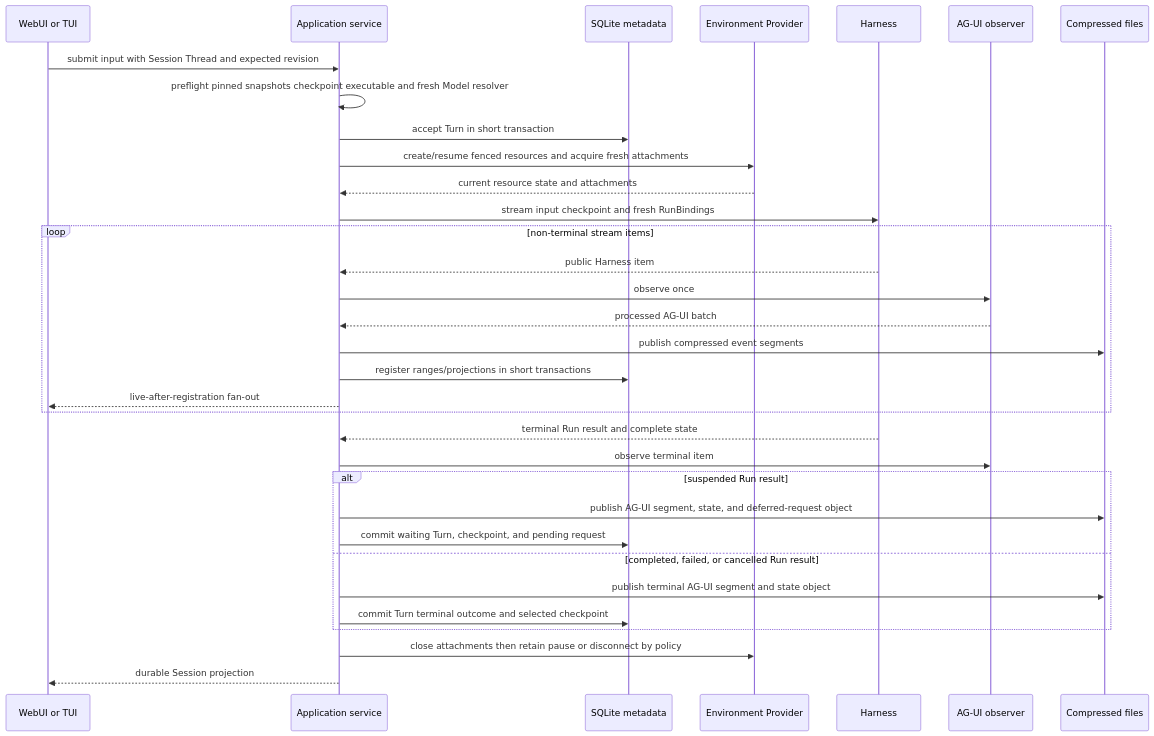
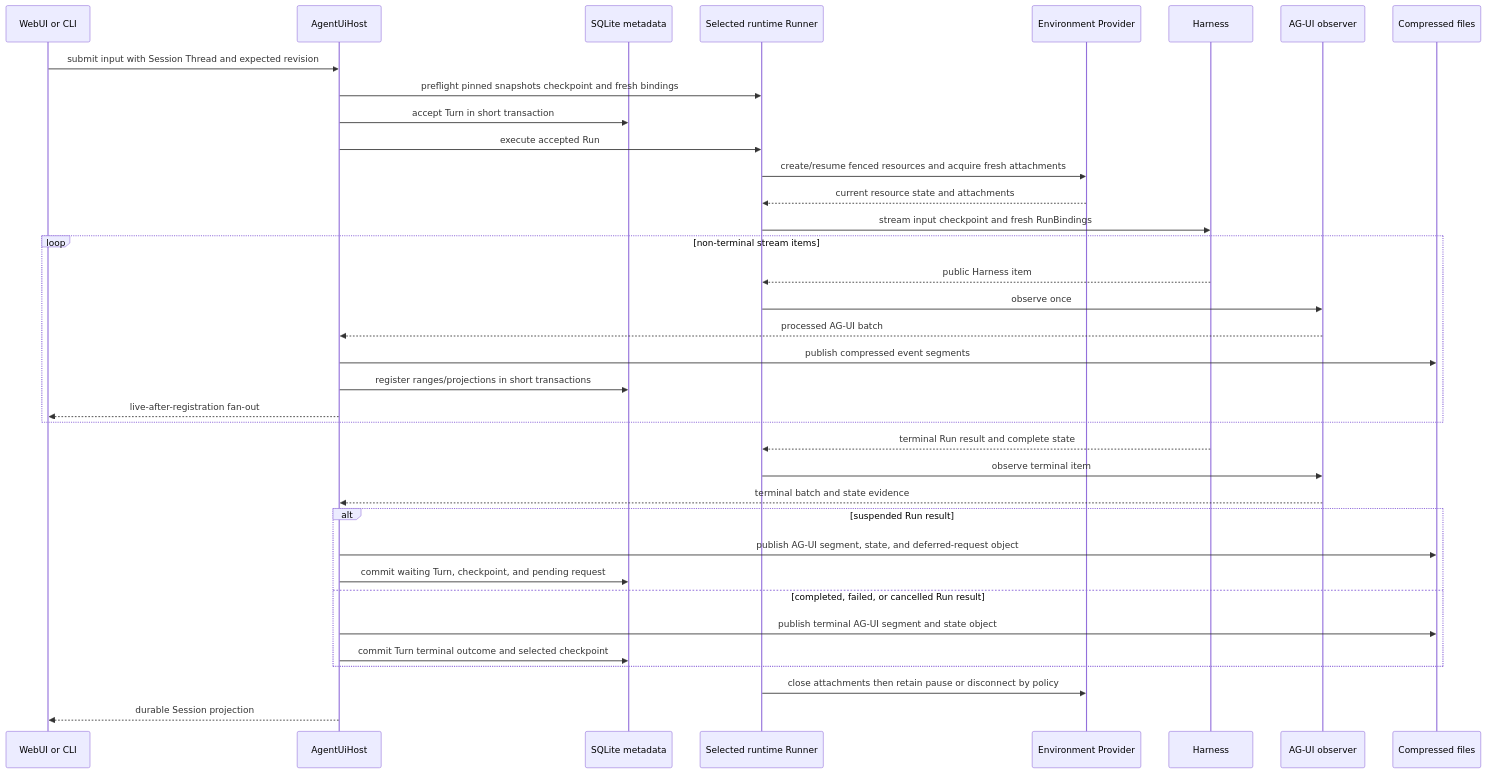
Before and after one commit to LTThreeComma/agent-foundation: the third of 3 diagrams in spec/agent-ui/00-overview.md, drawn with Mermaid. The commit also changed other lines of this file and 67 other files, not shown here.

Commit message:
feat(agent-ui): add runtime generation supervision (#45)

````diff
--- a/spec/agent-ui/00-overview.md
+++ b/spec/agent-ui/00-overview.md
@@ -163,36 +165,39 @@
 ```mermaid
 sequenceDiagram
-    participant Surface as WebUI or TUI
-    participant App as Application service
+    participant Surface as WebUI or CLI
+    participant Host as AgentUiHost
     participant DB as SQLite metadata
+    participant Runner as Selected runtime Runner
     participant Provider as Environment Provider
     participant Harness
     participant AGUI as AG-UI observer
     participant Files as Compressed files
 
-    Surface->>App: submit input with Session Thread and expected revision
-    App->>App: preflight pinned snapshots checkpoint executable and fresh Model resolver
-    App->>DB: accept Turn in short transaction
-    App->>Provider: create/resume fenced resources and acquire fresh attachments
-    Provider-->>App: current resource state and attachments
-    App->>Harness: stream input checkpoint and fresh RunBindings
+    Surface->>Host: submit input with Session Thread and expected revision
+    Host->>Runner: preflight pinned snapshots checkpoint and fresh bindings
+    Host->>DB: accept Turn in short transaction
+    Host->>Runner: execute accepted Run
+    Runner->>Provider: create/resume fenced resources and acquire fresh attachments
+    Provider-->>Runner: current resource state and attachments
+    Runner->>Harness: stream input checkpoint and fresh RunBindings
     loop non-terminal stream items
-        Harness-->>App: public Harness item
-        App->>AGUI: observe once
-        AGUI-->>App: processed AG-UI batch
-        App->>Files: publish compressed event segments
-        App->>DB: register ranges/projections in short transactions
-        App-->>Surface: live-after-registration fan-out
+        Harness-->>Runner: public Harness item
+        Runner->>AGUI: observe once
+        AGUI-->>Host: processed AG-UI batch
+        Host->>Files: publish compressed event segments
+        Host->>DB: register ranges/projections in short transactions
+        Host-->>Surface: live-after-registration fan-out
     end
-    Harness-->>App: terminal Run result and complete state
-    App->>AGUI: observe terminal item
+    Harness-->>Runner: terminal Run result and complete state
+    Runner->>AGUI: observe terminal item
+    AGUI-->>Host: terminal batch and state evidence
     alt suspended Run result
-        App->>Files: publish AG-UI segment, state, and deferred-request object
-        App->>DB: commit waiting Turn, checkpoint, and pending request
+        Host->>Files: publish AG-UI segment, state, and deferred-request object
+        Host->>DB: commit waiting Turn, checkpoint, and pending request
     else completed, failed, or cancelled Run result
-        App->>Files: publish terminal AG-UI segment and state object
-        App->>DB: commit Turn terminal outcome and selected checkpoint
+        Host->>Files: publish terminal AG-UI segment and state object
+        Host->>DB: commit Turn terminal outcome and selected checkpoint
     end
-    App->>Provider: close attachments then retain pause or disconnect by policy
-    App-->>Surface: durable Session projection
+    Runner->>Provider: close attachments then retain pause or disconnect by policy
+    Host-->>Surface: durable Session projection
 ```
````
